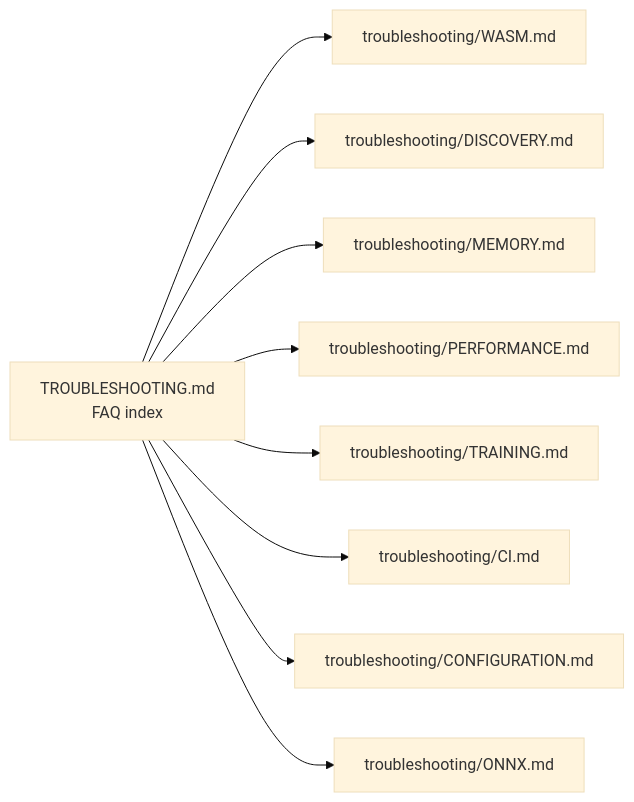
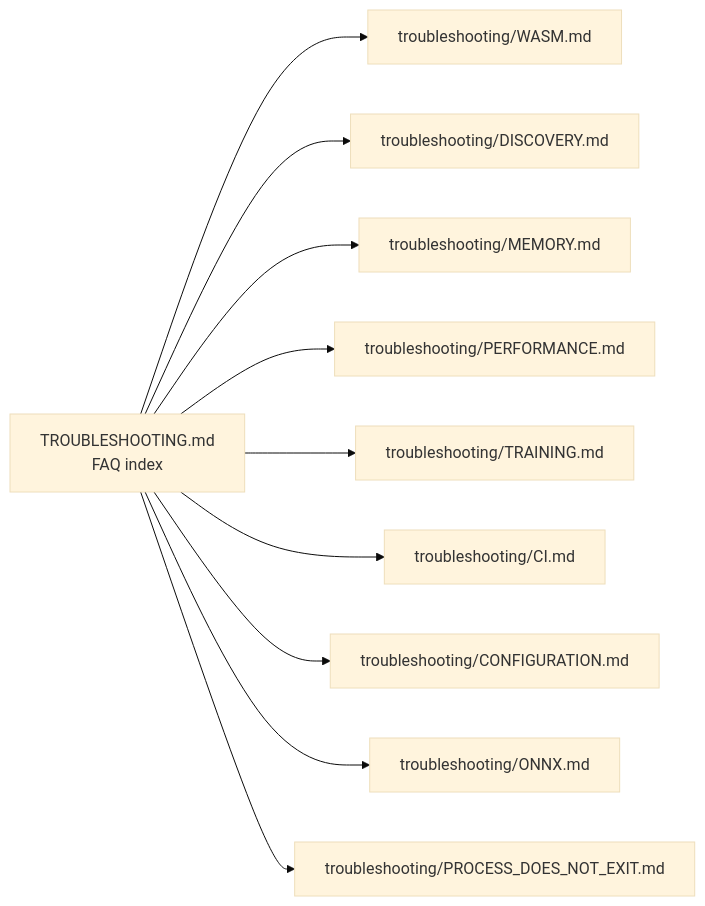
Before and after one commit to stSoftwareAU/NEAT-AI: the first of 2 diagrams in docs/TROUBLESHOOTING.md, drawn with Mermaid (base theme). The commit also changed other lines of this file and 20 other files, not shown here.

````diff
--- a/docs/TROUBLESHOOTING.md
+++ b/docs/TROUBLESHOOTING.md
@@ -12,11 +12,12 @@
 ```mermaid
 flowchart LR
     Idx[TROUBLESHOOTING.md<br/>FAQ index] --> WASM[troubleshooting/WASM.md]
     Idx --> Disc[troubleshooting/DISCOVERY.md]
     Idx --> Mem[troubleshooting/MEMORY.md]
     Idx --> Perf[troubleshooting/PERFORMANCE.md]
     Idx --> Train[troubleshooting/TRAINING.md]
     Idx --> CI[troubleshooting/CI.md]
     Idx --> Cfg[troubleshooting/CONFIGURATION.md]
     Idx --> ONNX[troubleshooting/ONNX.md]
+    Idx --> Exit[troubleshooting/PROCESS_DOES_NOT_EXIT.md]
 ```
````
